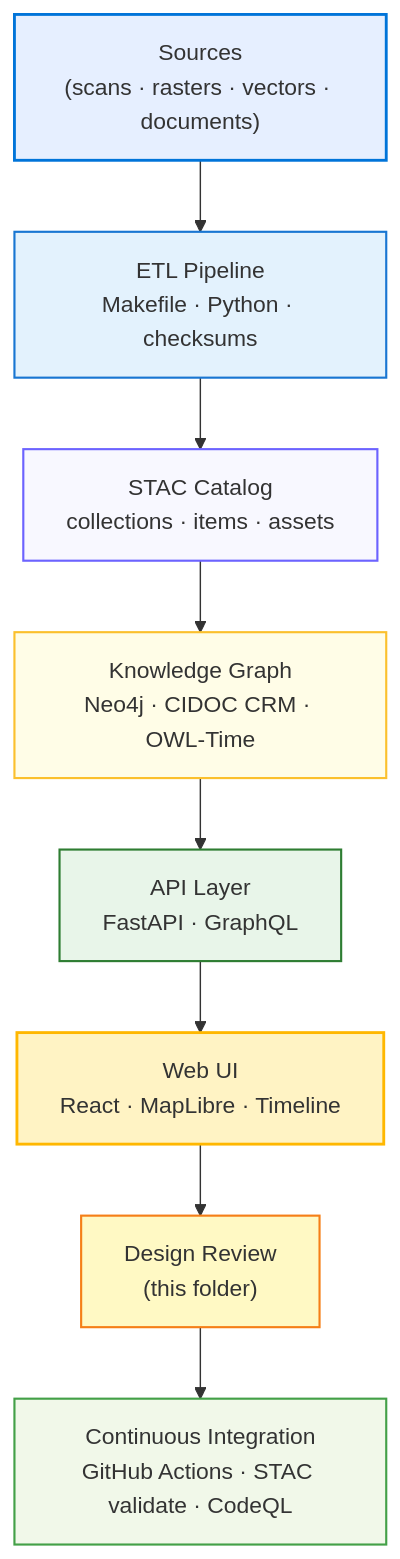
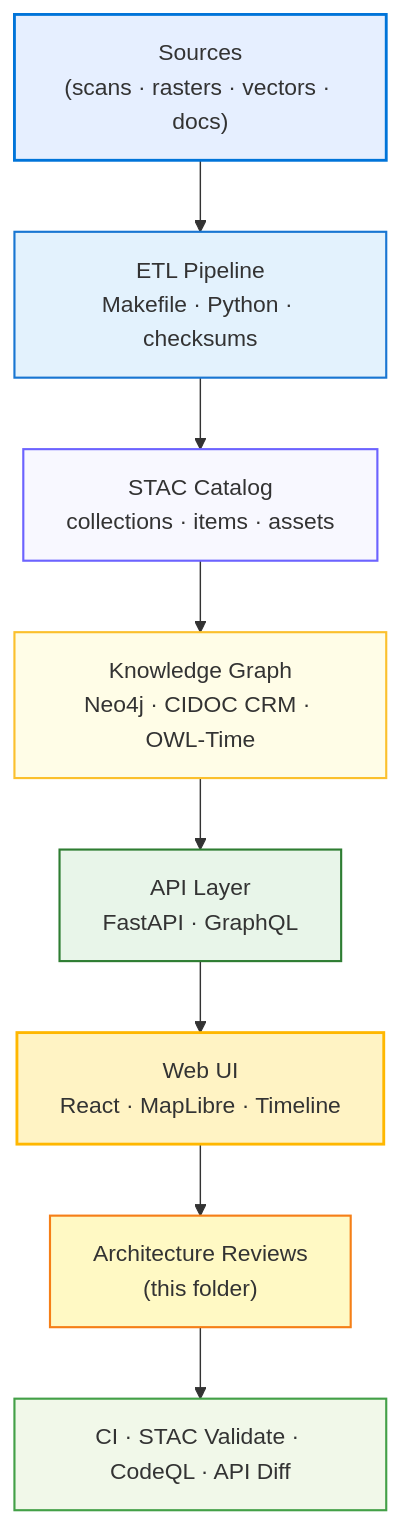
The diagram in docs/design/reviews/architecture/README.md (bartytime4life/Kansas-Frontier-Matrix), drawn with Mermaid before and after one commit. The commit also changed other lines of this file, not shown here.

````diff
--- a/docs/design/reviews/architecture/README.md
+++ b/docs/design/reviews/architecture/README.md
@@ -77,21 +117,20 @@
 ```mermaid
 flowchart TD
-  A["Sources\n(scans · rasters · vectors · documents)"] --> B["ETL Pipeline\nMakefile · Python · checksums"]
+  A["Sources\n(scans · rasters · vectors · docs)"] --> B["ETL Pipeline\nMakefile · Python · checksums"]
   B --> C["STAC Catalog\ncollections · items · assets"]
   C --> D["Knowledge Graph\nNeo4j · CIDOC CRM · OWL-Time"]
   D --> E["API Layer\nFastAPI · GraphQL"]
   E --> F["Web UI\nReact · MapLibre · Timeline"]
-  F --> G["Design Review\n(this folder)"]
-  G --> H["Continuous Integration\nGitHub Actions · STAC validate · CodeQL"]
+  F --> G["Architecture Reviews\n(this folder)"]
+  G --> H["CI · STAC Validate · CodeQL · API Diff"]
 
+  %% color styles
   style A fill:#E6EFFF,stroke:#0074D9,stroke-width:2px
   style B fill:#E3F2FD,stroke:#1976D2,stroke-width:1.5px
   style C fill:#F8F8FF,stroke:#6C63FF,stroke-width:1.5px
   style D fill:#FFFDE7,stroke:#FBC02D,stroke-width:1.5px
   style E fill:#E8F5E9,stroke:#2E7D32,stroke-width:1.5px
   style F fill:#FFF3C4,stroke:#FFB700,stroke-width:2px
   style G fill:#FFF9C4,stroke:#F57F17,stroke-width:1.5px
   style H fill:#F1F8E9,stroke:#43A047,stroke-width:1.5px
-
-  %% END OF MERMAID
 ```
````
